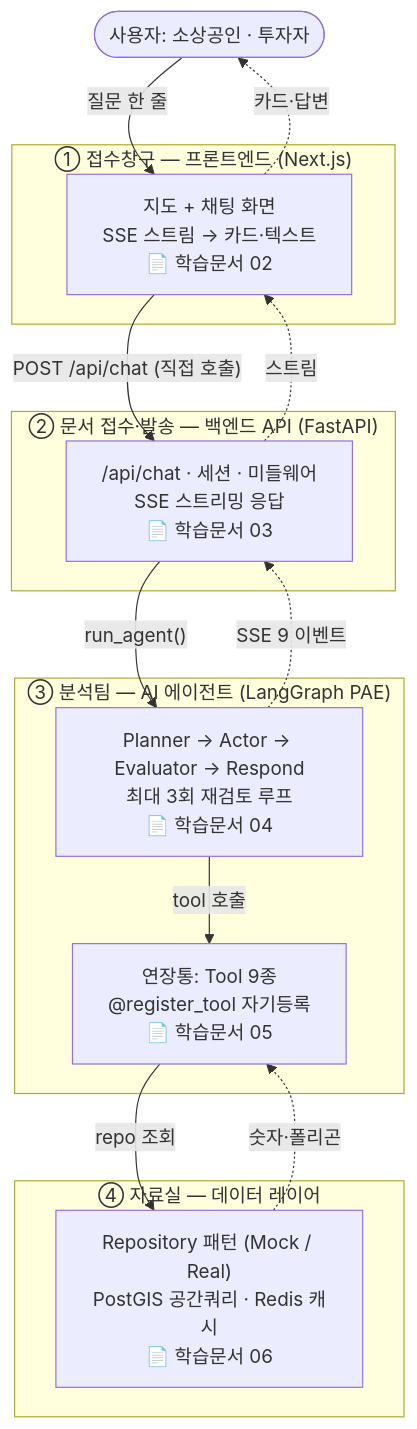
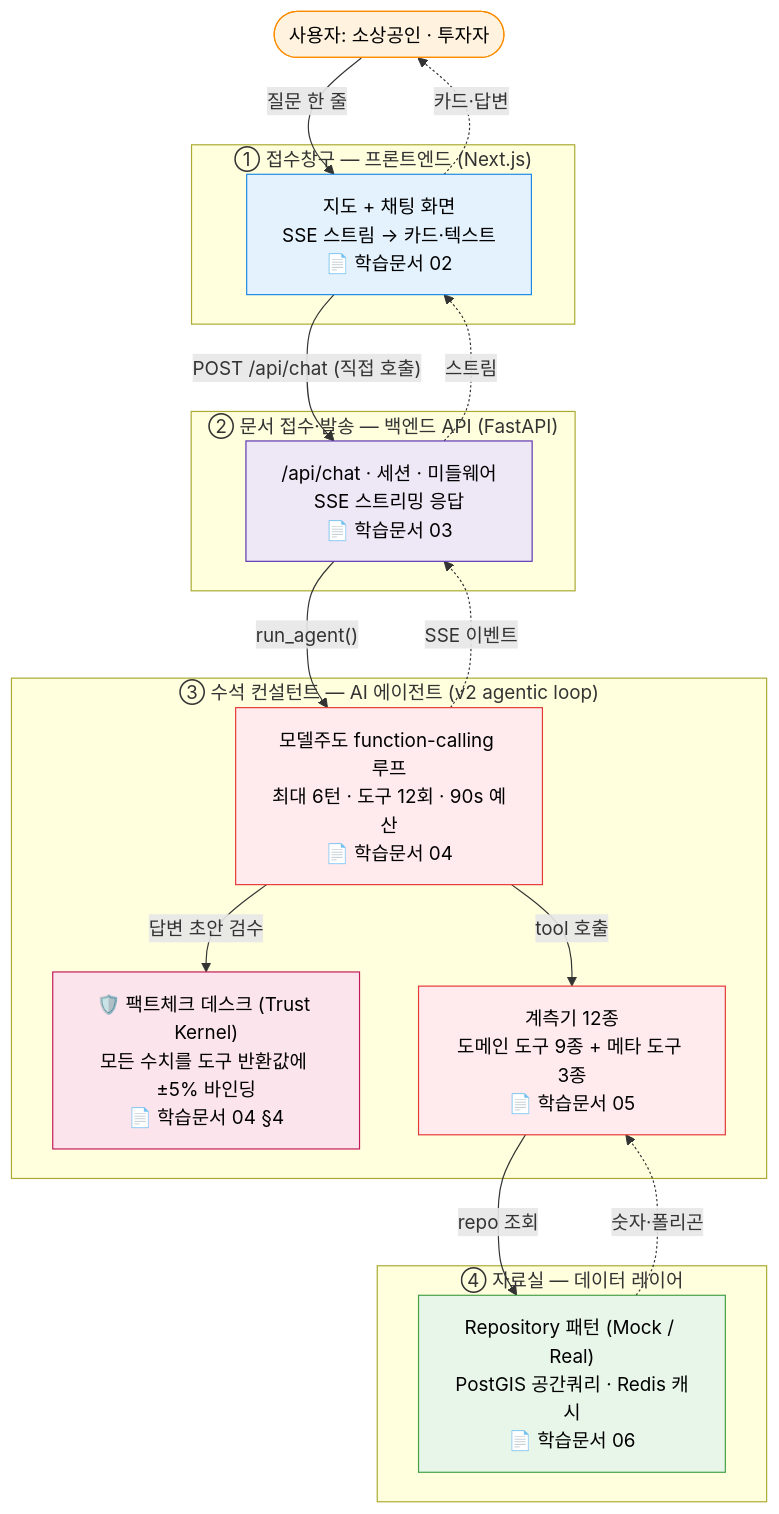
One commit to SJayKim/Catchment-Area-Analysis changed the diagram in docs/learning/00-시작하기.md. Above: the diagram before and after it, drawn with Mermaid. The commit also changed other lines of this file and 6 other files, not shown here.

First line of the commit message:
docs(learning): 학습 문서 v2 개정 1차 — 04/05 리네임 + 00·ARCHITECTURE-MAP v2 반영 + 공통 색상 팔레트

````diff
--- a/docs/learning/00-시작하기.md
+++ b/docs/learning/00-시작하기.md
@@ -26,37 +26,53 @@
 ```mermaid
 flowchart TD
     User([사용자: 소상공인 · 투자자])
 
     subgraph L1["① 접수창구 — 프론트엔드 (Next.js)"]
         FE["지도 + 채팅 화면<br/>SSE 스트림 → 카드·텍스트<br/>📄 학습문서 02"]
     end
 
     subgraph L2["② 문서 접수·발송 — 백엔드 API (FastAPI)"]
         BE["/api/chat · 세션 · 미들웨어<br/>SSE 스트리밍 응답<br/>📄 학습문서 03"]
     end
 
-    subgraph L3["③ 분석팀 — AI 에이전트 (LangGraph PAE)"]
-        AG["Planner → Actor → Evaluator → Respond<br/>최대 3회 재검토 루프<br/>📄 학습문서 04"]
-        TL["연장통: Tool 9종<br/>@register_tool 자기등록<br/>📄 학습문서 05"]
+    subgraph L3["③ 수석 컨설턴트 — AI 에이전트 (v2 agentic loop)"]
+        AG["모델주도 function-calling 루프<br/>최대 6턴 · 도구 12회 · 90s 예산<br/>📄 학습문서 04"]
+        TK["🛡️ 팩트체크 데스크 (Trust Kernel)<br/>모든 수치를 도구 반환값에 ±5% 바인딩<br/>📄 학습문서 04 §4"]
+        TL["계측기 12종<br/>도메인 도구 9종 + 메타 도구 3종<br/>📄 학습문서 05"]
     end
 
     subgraph L4["④ 자료실 — 데이터 레이어"]
         DA["Repository 패턴 (Mock / Real)<br/>PostGIS 공간쿼리 · Redis 캐시<br/>📄 학습문서 06"]
     end
 
     User -->|"질문 한 줄"| FE
     FE -->|"POST /api/chat (직접 호출)"| BE
     BE -->|"run_agent()"| AG
     AG -->|"tool 호출"| TL
+    AG -->|"답변 초안 검수"| TK
     TL -->|"repo 조회"| DA
     DA -.->|"숫자·폴리곤"| TL
-    AG -.->|"SSE 9 이벤트"| BE
+    AG -.->|"SSE 이벤트"| BE
     BE -.->|"스트림"| FE
     FE -.->|"카드·답변"| User
 
     click FE "02-프론트엔드-화면.md" "프론트엔드 학습 문서"
     click BE "03-백엔드-접수창구.md" "백엔드 학습 문서"
-    click AG "04-AI에이전트-분석팀.md" "AI 에이전트 학습 문서"
-    click TL "05-도구9종-전문계측기.md" "도구 9종 학습 문서"
+    click AG "04-AI에이전트-v2루프.md" "AI 에이전트 학습 문서"
+    click TK "04-AI에이전트-v2루프.md" "Trust Kernel 학습 문서"
+    click TL "05-도구12종-전문계측기.md" "도구 12종 학습 문서"
     click DA "06-데이터레이어-자료실.md" "데이터 레이어 학습 문서"
+
+    classDef fe fill:#e3f2fd,stroke:#1e88e5,color:#000
+    classDef be fill:#ede7f6,stroke:#5e35b1,color:#000
+    classDef agent fill:#ffebee,stroke:#e53935,color:#000
+    classDef data fill:#e8f5e9,stroke:#43a047,color:#000
+    classDef ext fill:#fff3e0,stroke:#fb8c00,color:#000
+    classDef gate fill:#fce4ec,stroke:#c2185b,color:#000
+    class FE fe
+    class BE be
+    class AG,TL agent
+    class TK gate
+    class DA data
+    class User ext
 ```
````
